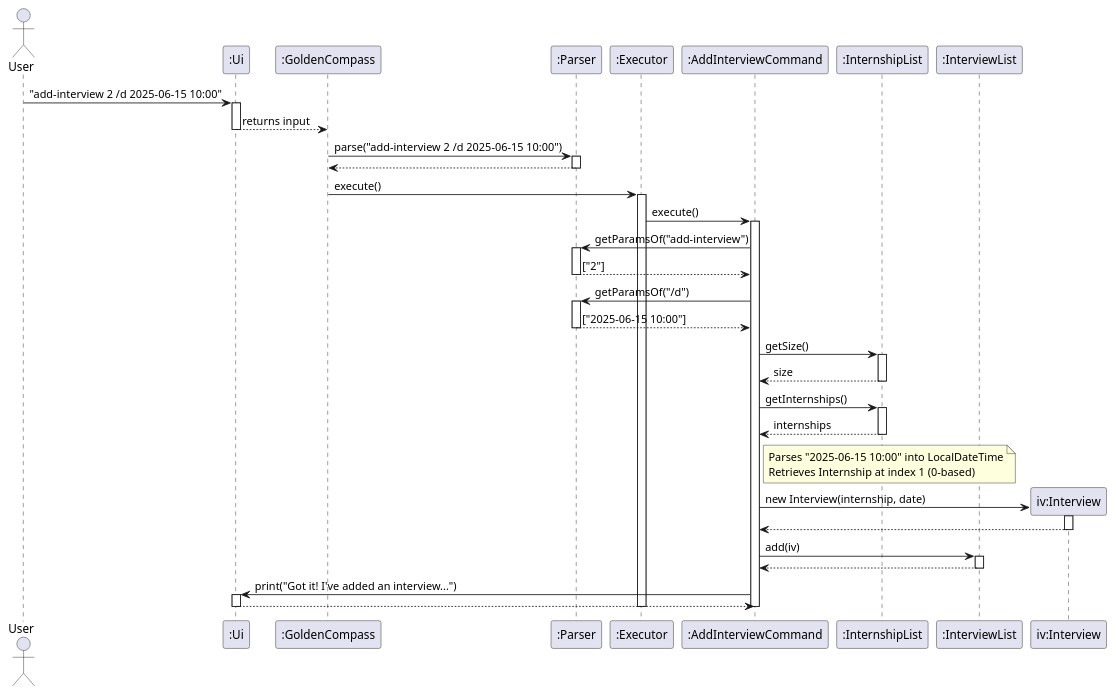
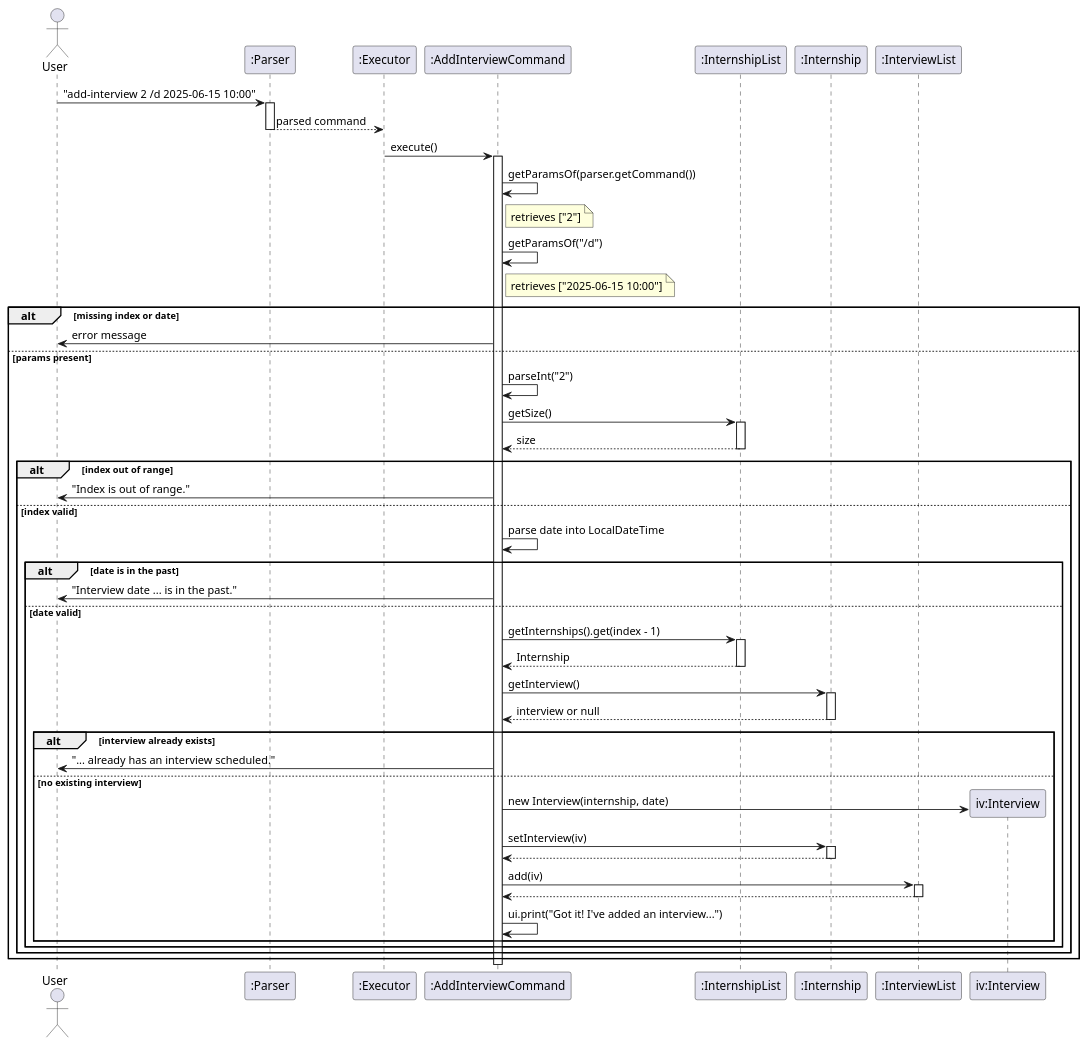
One commit to the-RoaringCat/tp changed the diagram in docs/diagrams/AddInterviewSequenceDiagram.puml. Above: the diagram before and after it, drawn with PlantUML. The commit also changed 4 other files, not shown here.

First line of the commit message:
Update UG, DG, and PPP for add-interview, update-date, search-interview, and clear-rejected

```diff
--- a/docs/diagrams/AddInterviewSequenceDiagram.puml
+++ b/docs/diagrams/AddInterviewSequenceDiagram.puml
@@ -1,66 +1,74 @@
 @startuml
 actor User
-participant ":Ui" as Ui
-participant ":GoldenCompass" as GC
 participant ":Parser" as Parser
 participant ":Executor" as Executor
 participant ":AddInterviewCommand" as AIC
 participant ":InternshipList" as IL
+participant ":Internship" as Intern
 participant ":InterviewList" as IVL
 
-User -> Ui : "add-interview 2 /d 2025-06-15 10:00"
-activate Ui
-Ui --> GC : returns input
-deactivate Ui
-
-GC -> Parser : parse("add-interview 2 /d 2025-06-15 10:00")
+User -> Parser : "add-interview 2 /d 2025-06-15 10:00"
 activate Parser
-Parser --> GC
+Parser --> Executor : parsed command
 deactivate Parser
 
-GC -> Executor : execute()
-activate Executor
 Executor -> AIC : execute()
 activate AIC
 
-AIC -> Parser : getParamsOf("add-interview")
-activate Parser
-Parser --> AIC : ["2"]
-deactivate Parser
+AIC -> AIC : getParamsOf(parser.getCommand())
+note right of AIC : retrieves ["2"]
 
-AIC -> Parser : getParamsOf("/d")
-activate Parser
-Parser --> AIC : ["2025-06-15 10:00"]
-deactivate Parser
+AIC -> AIC : getParamsOf("/d")
+note right of AIC : retrieves ["2025-06-15 10:00"]
 
-AIC -> IL : getSize()
-activate IL
-IL --> AIC : size
-deactivate IL
+alt missing index or date
+    AIC -> User : error message
+else params present
+    AIC -> AIC : parseInt("2")
+    AIC -> IL : getSize()
+    activate IL
+    IL --> AIC : size
+    deactivate IL
 
-AIC -> IL : getInternships()
-activate IL
-IL --> AIC : internships
-deactivate IL
+    alt index out of range
+        AIC -> User : "Index is out of range."
+    else index valid
+        AIC -> AIC : parse date into LocalDateTime
 
-note right of AIC : Parses "2025-06-15 10:00" into LocalDateTime\nRetrieves Internship at index 1 (0-based)
+        alt date is in the past
+            AIC -> User : "Interview date ... is in the past."
+        else date valid
+            AIC -> IL : getInternships().get(index - 1)
+            activate IL
+            IL --> AIC : Internship
+            deactivate IL
 
-create "iv:Interview" as IV
-AIC -> IV : new Interview(internship, date)
-activate IV
-IV --> AIC
-deactivate IV
+            AIC -> Intern : getInterview()
+            activate Intern
+            Intern --> AIC : interview or null
+            deactivate Intern
 
-AIC -> IVL : add(iv)
-activate IVL
-IVL --> AIC
-deactivate IVL
+            alt interview already exists
+                AIC -> User : "... already has an interview scheduled."
+            else no existing interview
+                create "iv:Interview" as IV
+                AIC -> IV : new Interview(internship, date)
 
-AIC -> Ui : print("Got it! I've added an interview...")
-activate Ui
-Ui --> AIC
-deactivate Ui
+                AIC -> Intern : setInterview(iv)
+                activate Intern
+                Intern --> AIC
+                deactivate Intern
+
+                AIC -> IVL : add(iv)
+                activate IVL
+                IVL --> AIC
+                deactivate IVL
+
+                AIC -> AIC : ui.print("Got it! I've added an interview...")
+            end
+        end
+    end
+end
 
 deactivate AIC
-deactivate Executor
 @enduml
```
